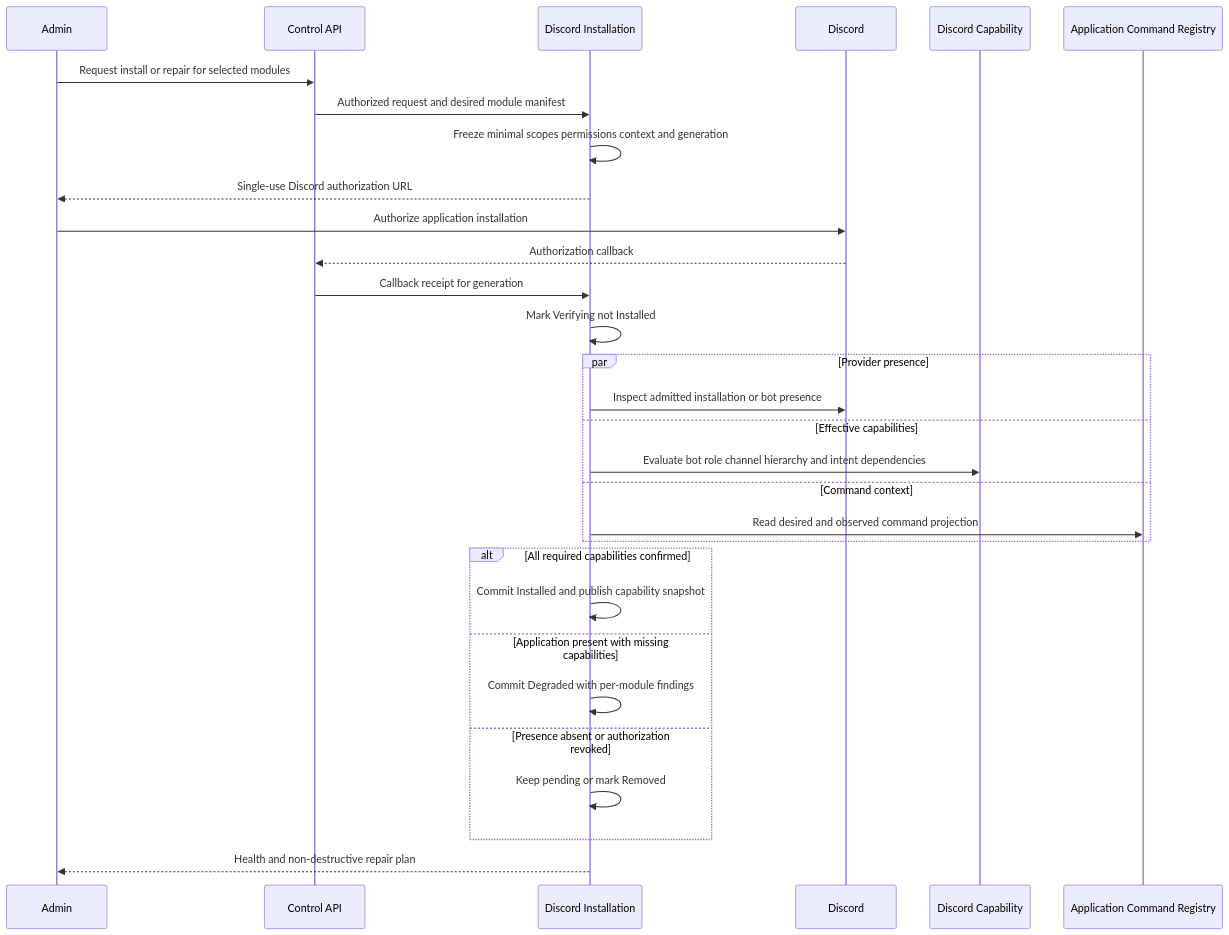
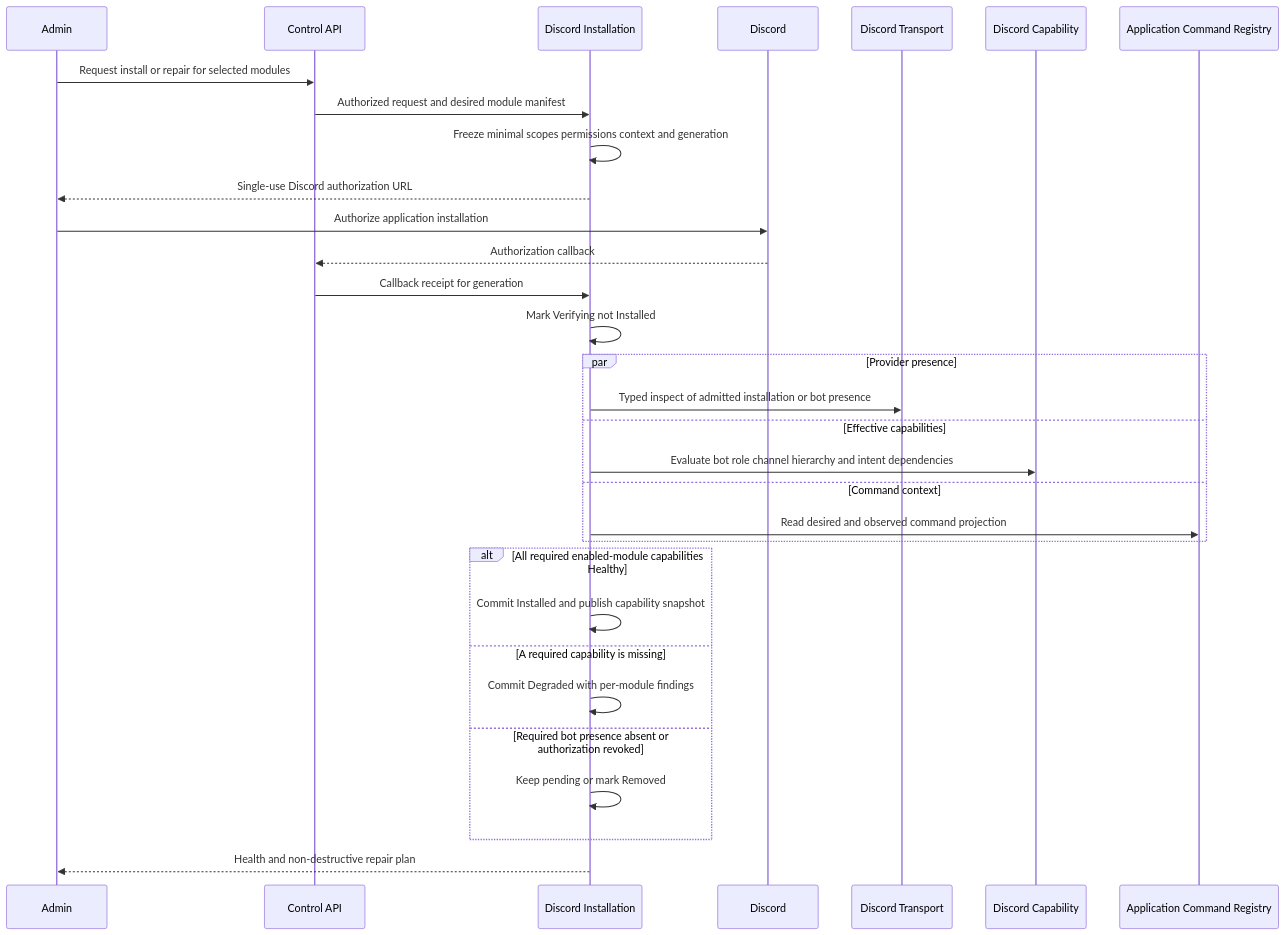
One commit to obsidia-systems/Discord-Bot-Open-Source changed diagram 48 of 54 in docs/architecture/04-runtime-flows.md. Above: the diagram before and after it, drawn with Mermaid. The commit also changed other lines of this file and 27 other files, not shown here.

First line of the commit message:
feat(architecture): add comprehensive architecture review documentation

````diff
--- a/docs/architecture/04-runtime-flows.md
+++ b/docs/architecture/04-runtime-flows.md
@@ -1647,33 +1741,34 @@
 ```mermaid
 sequenceDiagram
     participant Admin
     participant API as Control API
     participant Install as Discord Installation
     participant Discord
+    participant Transport as Discord Transport
     participant Capability as Discord Capability
     participant Registry as Application Command Registry
 
     Admin->>API: Request install or repair for selected modules
     API->>Install: Authorized request and desired module manifest
     Install->>Install: Freeze minimal scopes permissions context and generation
     Install-->>Admin: Single-use Discord authorization URL
     Admin->>Discord: Authorize application installation
     Discord-->>API: Authorization callback
     API->>Install: Callback receipt for generation
     Install->>Install: Mark Verifying not Installed
     par Provider presence
-        Install->>Discord: Inspect admitted installation or bot presence
+        Install->>Transport: Typed inspect of admitted installation or bot presence
     and Effective capabilities
         Install->>Capability: Evaluate bot role channel hierarchy and intent dependencies
     and Command context
         Install->>Registry: Read desired and observed command projection
     end
-    alt All required capabilities confirmed
+    alt All required enabled-module capabilities Healthy
         Install->>Install: Commit Installed and publish capability snapshot
-    else Application present with missing capabilities
+    else A required capability is missing
         Install->>Install: Commit Degraded with per-module findings
-    else Presence absent or authorization revoked
+    else Required bot presence absent or authorization revoked
         Install->>Install: Keep pending or mark Removed
     end
     Install-->>Admin: Health and non-destructive repair plan
 ```
````
